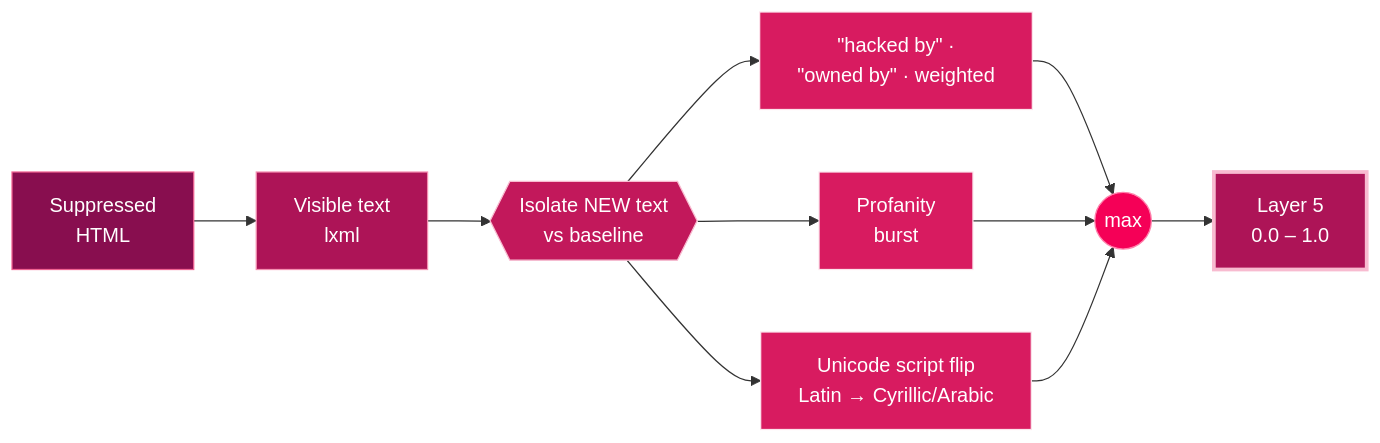
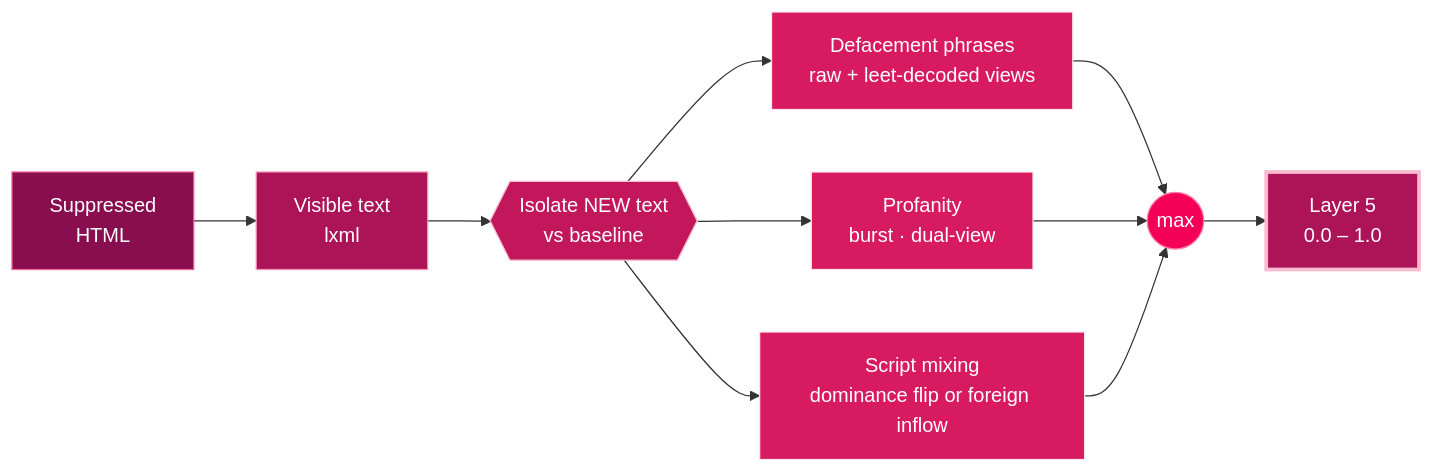
The diagram in docs/layers/5-signatures.mdx (Ns81000/WARDRESS), drawn with Mermaid before and after one commit. The commit also changed other lines of this file and 15 other files, not shown here.

````diff
--- a/docs/layers/5-signatures.mdx
+++ b/docs/layers/5-signatures.mdx
@@ -15,17 +15,17 @@
 ```mermaid
 flowchart LR
     HTML["Suppressed<br/>HTML"]:::in --> VT["Visible text<br/>lxml"]:::node
     VT --> NT{{"Isolate NEW text<br/>vs baseline"}}:::gate
-    NT --> SIG["&quot;hacked by&quot; ·<br/>&quot;owned by&quot; · weighted"]:::probe
-    NT --> PR["Profanity<br/>burst"]:::probe
-    NT --> SF["Unicode script flip<br/>Latin → Cyrillic/Arabic"]:::probe
+    NT --> SIG["Defacement phrases<br/>raw + leet-decoded views"]:::probe
+    NT --> PR["Profanity<br/>burst · dual-view"]:::probe
+    NT --> SF["Script mixing<br/>dominance flip or foreign inflow"]:::probe
     SIG & PR & SF --> M(("max")):::pick
     M --> OUT["Layer 5<br/>0.0 – 1.0"]:::out
 
     classDef in fill:#880e4f,stroke:#f06292,color:#fff;
     classDef node fill:#ad1457,stroke:#f48fb1,color:#fff;
     classDef gate fill:#c2185b,stroke:#f8bbd0,color:#fff;
     classDef probe fill:#d81b60,stroke:#fce4ec,color:#fff;
     classDef pick fill:#f50057,stroke:#ff80ab,color:#fff;
     classDef out fill:#ad1457,stroke:#f8bbd0,color:#fff,stroke-width:3px;
 ```
````
